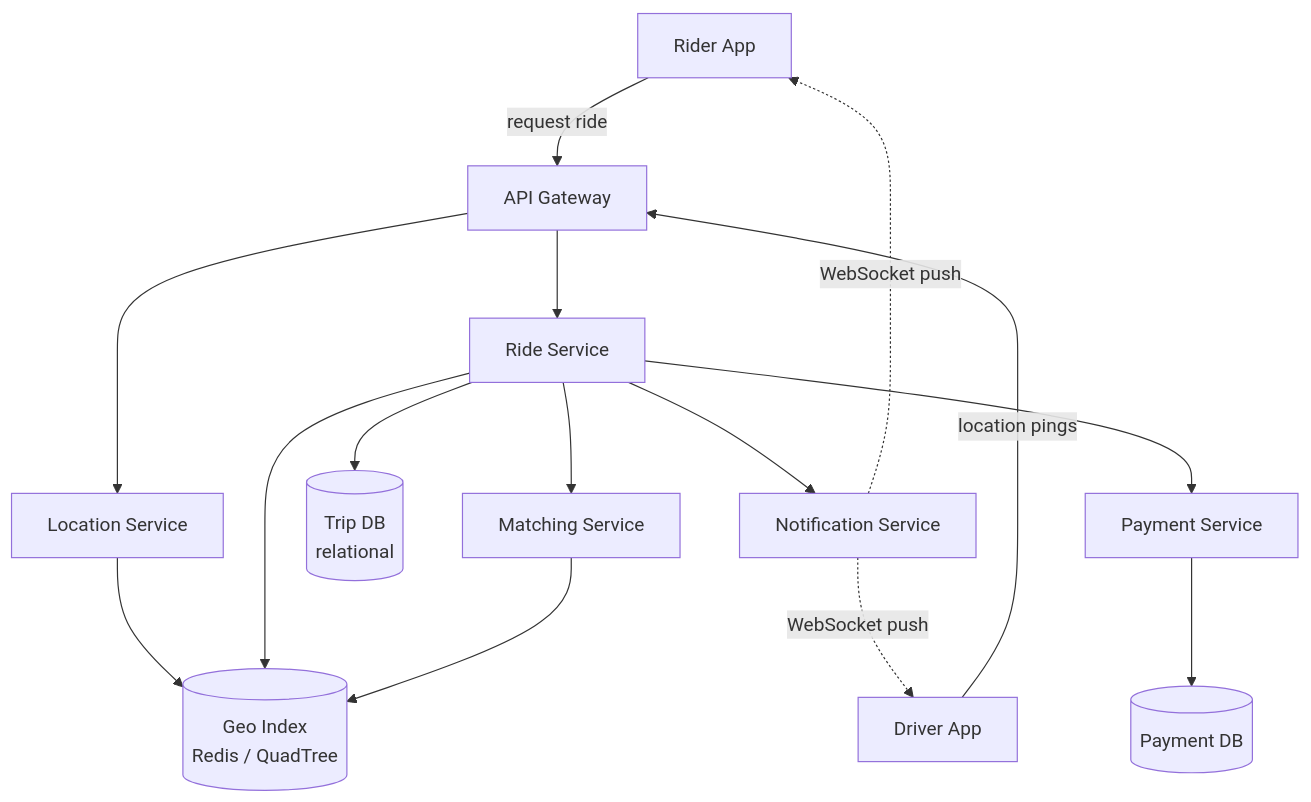
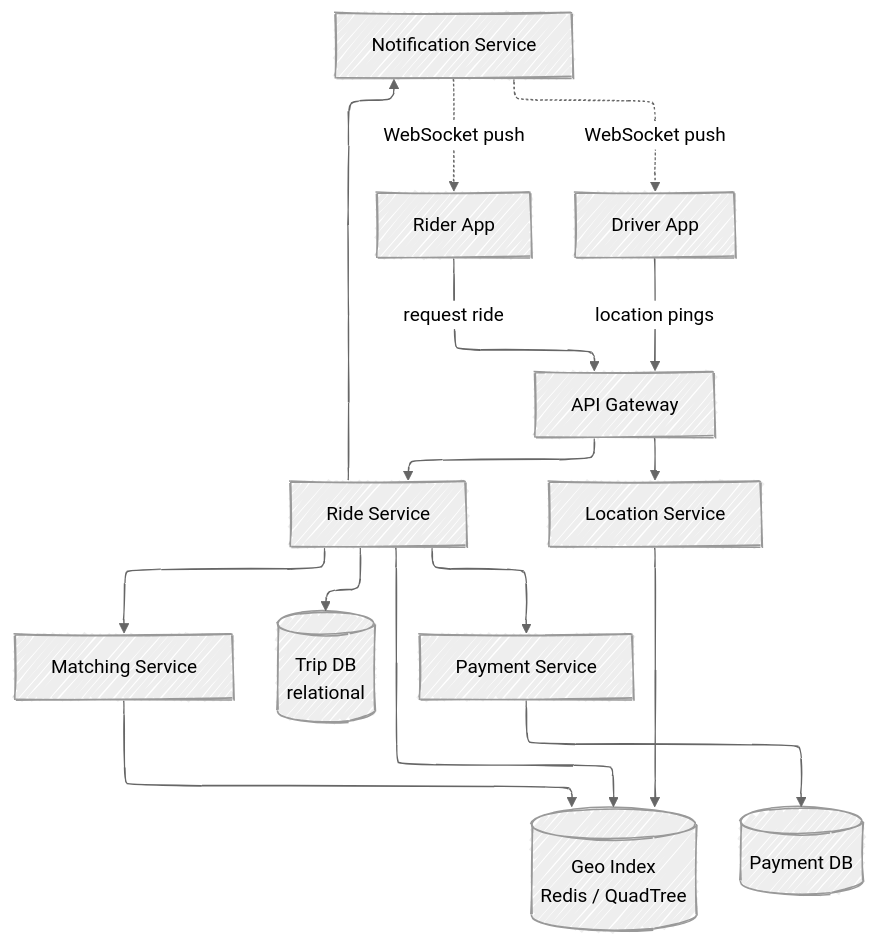
The diagram in designs/01-uber/README.md (mhayk/system-design), drawn with Mermaid before and after one commit. The commit also changed 3 other files, not shown here.

Commit message:
Adopt hand-drawn + ELK Mermaid style as house standard

````diff
--- a/designs/01-uber/README.md
+++ b/designs/01-uber/README.md
@@ -89,21 +89,27 @@
 ```mermaid
-graph TD
+---
+config:
+  look: handDrawn
+  layout: elk
+  theme: neutral
+---
+flowchart TD
     R[Rider App] -->|request ride| GW[API Gateway]
     D[Driver App] -->|location pings| GW
 
     GW --> RS[Ride Service]
     GW --> LS[Location Service]
 
     LS --> GEO[(Geo Index<br/>Redis / QuadTree)]
     RS --> GEO
     RS --> MATCH[Matching Service]
     MATCH --> GEO
 
     RS --> TRIPDB[(Trip DB<br/>relational)]
     RS --> NOTIF[Notification Service]
     NOTIF -.->|WebSocket push| R
     NOTIF -.->|WebSocket push| D
 
     RS --> PAY[Payment Service]
     PAY --> PAYDB[(Payment DB)]
 ```
````
